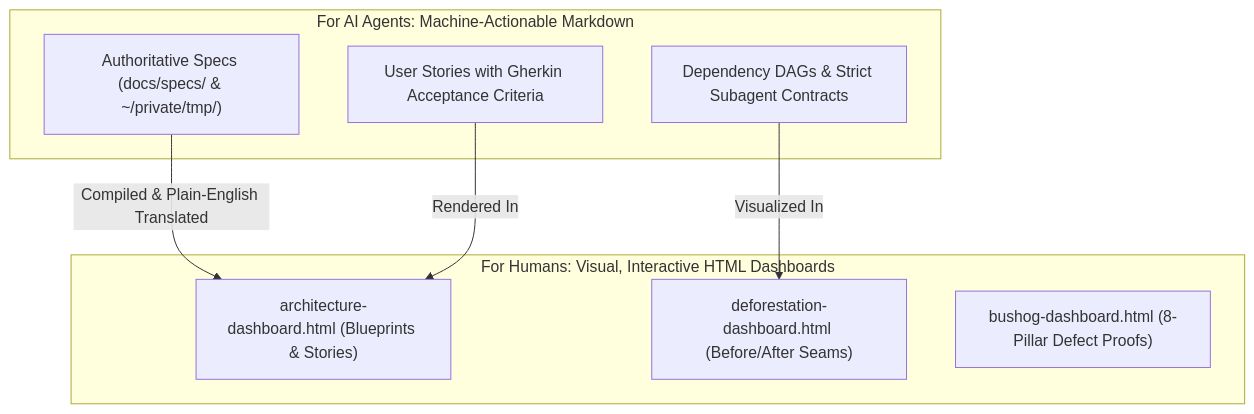
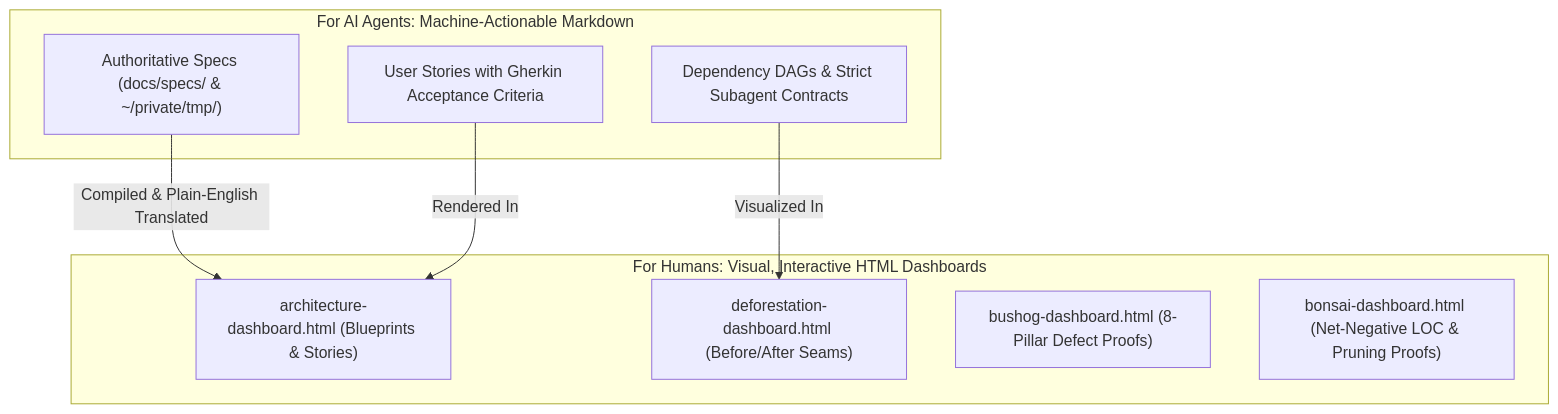
One commit to mcmxciillan/code-gardening changed the third of 3 diagrams in README.md. Above: the diagram before and after it, drawn with Mermaid. The commit also changed other lines of this file and 7 other files, not shown here.

Commit message:
feat(bonsai): add /bonsai surgical code pruning and dependency weight reduction skill

````diff
--- a/README.md
+++ b/README.md
@@ -94,18 +97,19 @@
 ```mermaid
 graph TD
     subgraph "For AI Agents: Machine-Actionable Markdown"
         A1["Authoritative Specs (docs/specs/ & ~/private/tmp/)"]
         A2["User Stories with Gherkin Acceptance Criteria"]
         A3["Dependency DAGs & Strict Subagent Contracts"]
     end
 
     subgraph "For Humans: Visual, Interactive HTML Dashboards"
         H1["architecture-dashboard.html (Blueprints & Stories)"]
         H2["deforestation-dashboard.html (Before/After Seams)"]
         H3["bushog-dashboard.html (8-Pillar Defect Proofs)"]
+        H4["bonsai-dashboard.html (Net-Negative LOC & Pruning Proofs)"]
     end
 
     A1 -->|Compiled & Plain-English Translated| H1
     A2 -->|Rendered In| H1
     A3 -->|Visualized In| H2
 ```
````
